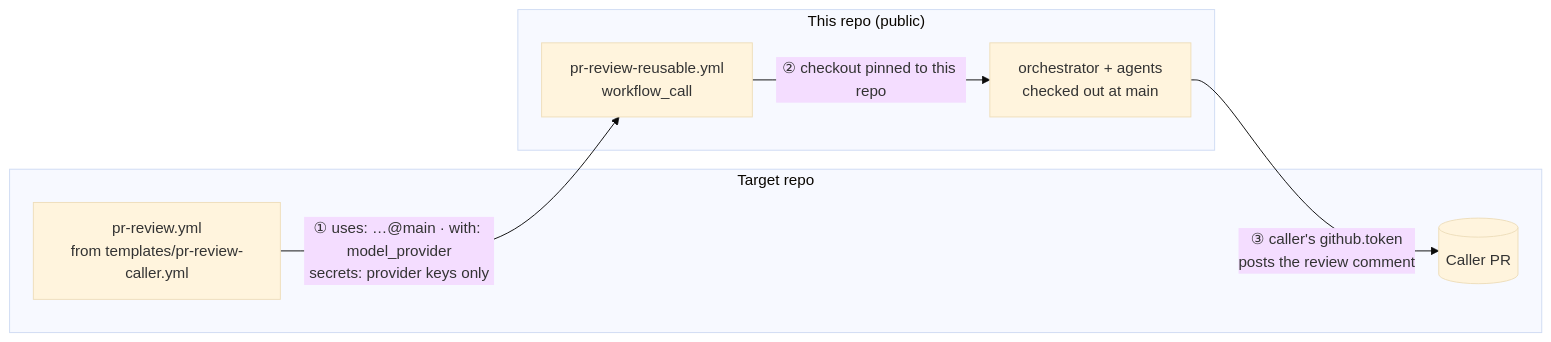
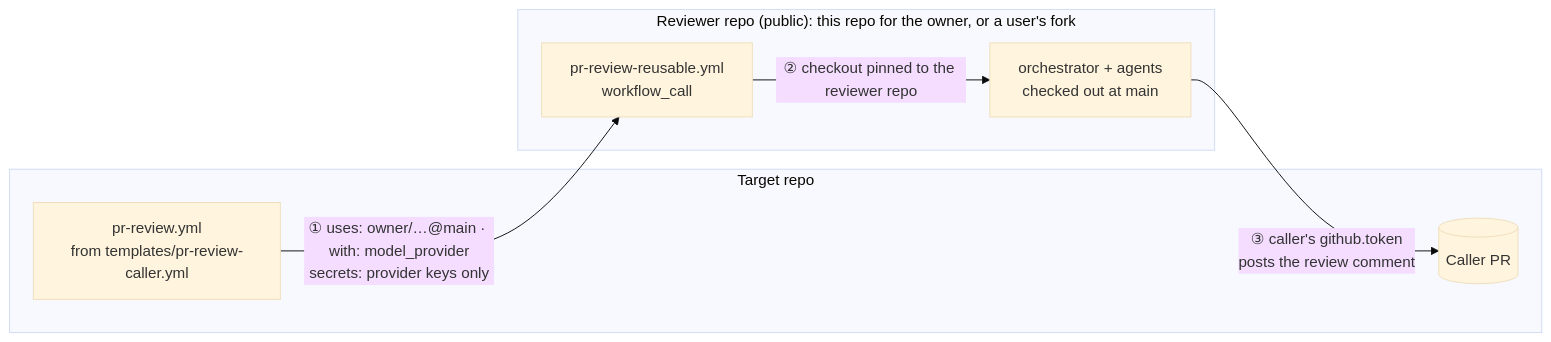
Before and after one commit to bryanChatsirichai/github_agentic_pr_reviewer: the third of 14 diagrams in docs/agentic-pr-review-system-design.v1.md, drawn with Mermaid (base theme). The commit also changed other lines of this file and 4 other files, not shown here.

````diff
--- a/docs/agentic-pr-review-system-design.v1.md
+++ b/docs/agentic-pr-review-system-design.v1.md
@@ -132,14 +132,14 @@
 ```mermaid
 flowchart LR
     subgraph caller ["Target repo"]
         CW["pr-review.yml<br/>from templates/pr-review-caller.yml"]
         CPR[(Caller PR)]
     end
-    subgraph this ["This repo (public)"]
+    subgraph this ["Reviewer repo (public): this repo for the owner, or a user's fork"]
         RW["pr-review-reusable.yml<br/>workflow_call"]
         CODE["orchestrator + agents<br/>checked out at main"]
     end
-    CW -->|"① uses: …@main · with: model_provider<br/>secrets: provider keys only"| RW
-    RW -->|"② checkout pinned to this repo"| CODE
+    CW -->|"① uses: owner/…@main · with: model_provider<br/>secrets: provider keys only"| RW
+    RW -->|"② checkout pinned to the reviewer repo"| CODE
     CODE -->|"③ caller's github.token<br/>posts the review comment"| CPR
 ```
````
